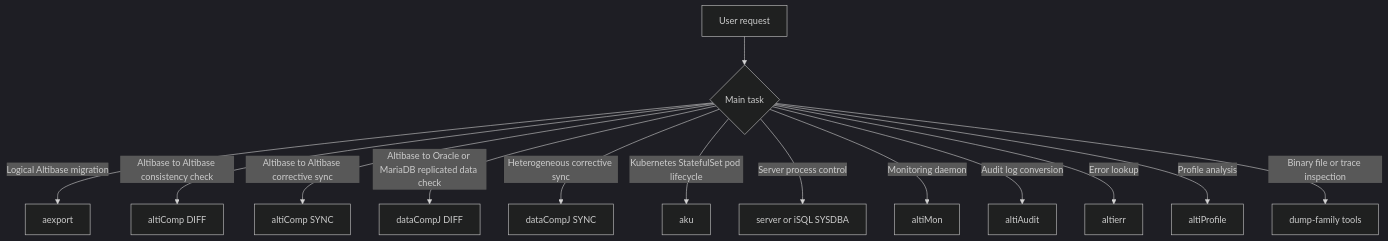
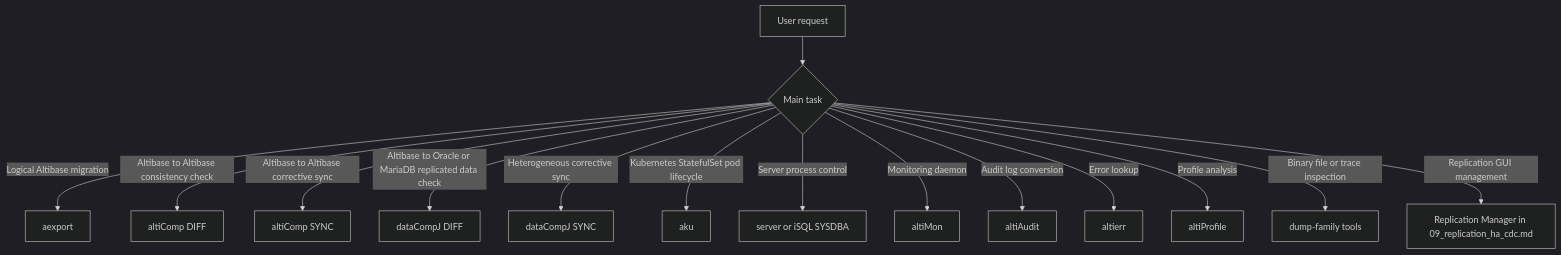
One commit to et16kr/AltibaseDocuments changed the first of 3 diagrams in GPTs/attachments/14_utilities_operation_tools.md. Above: the diagram before and after it, drawn with Mermaid (dark theme). The commit also changed other lines of this file and 5 other files, not shown here.

First line of the commit message:
Review/remediate R17: CDC, Log Analyzer, and Replication Manager

````diff
--- a/GPTs/attachments/14_utilities_operation_tools.md
+++ b/GPTs/attachments/14_utilities_operation_tools.md
@@ -36,16 +37,17 @@
 ```mermaid
 flowchart TD
   A[User request] --> B{Main task}
   B -- Logical Altibase migration --> C[aexport]
   B -- Altibase to Altibase consistency check --> D[altiComp DIFF]
   B -- Altibase to Altibase corrective sync --> E[altiComp SYNC]
   B -- Altibase to Oracle or MariaDB replicated data check --> F[dataCompJ DIFF]
   B -- Heterogeneous corrective sync --> G[dataCompJ SYNC]
   B -- Kubernetes StatefulSet pod lifecycle --> H[aku]
   B -- Server process control --> I[server or iSQL SYSDBA]
   B -- Monitoring daemon --> J[altiMon]
   B -- Audit log conversion --> K[altiAudit]
   B -- Error lookup --> L[altierr]
   B -- Profile analysis --> M[altiProfile]
   B -- Binary file or trace inspection --> N[dump-family tools]
+  B -- Replication GUI management --> O[Replication Manager in 09_replication_ha_cdc.md]
 ```
````
